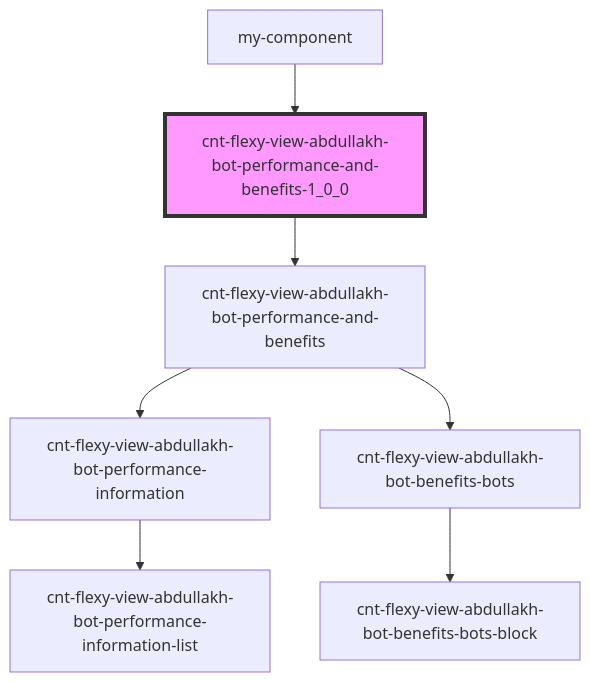
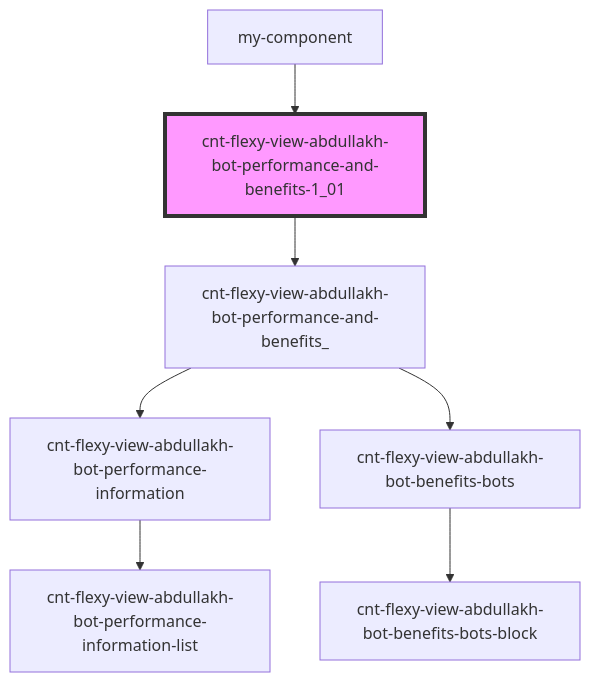
One commit to Wokh-Dada/botdevelopmentapp changed the diagram in src/components/cnt-flexy-view-abdullakh-bot-performance-and-benefits/readme.md. Above: the diagram before and after it, drawn with Mermaid. The commit also changed other lines of this file and 34 other files, not shown here.

````diff
--- a/src/components/cnt-flexy-view-abdullakh-bot-performance-and-benefits/readme.md
+++ b/src/components/cnt-flexy-view-abdullakh-bot-performance-and-benefits/readme.md
@@ -34,10 +34,10 @@
 ```mermaid
 graph TD;
-  cnt-flexy-view-abdullakh-bot-performance-and-benefits-1_0_0 --> cnt-flexy-view-abdullakh-bot-performance-and-benefits
-  cnt-flexy-view-abdullakh-bot-performance-and-benefits --> cnt-flexy-view-abdullakh-bot-performance-information
-  cnt-flexy-view-abdullakh-bot-performance-and-benefits --> cnt-flexy-view-abdullakh-bot-benefits-bots
+  cnt-flexy-view-abdullakh-bot-performance-and-benefits-1_01 --> cnt-flexy-view-abdullakh-bot-performance-and-benefits_
+  cnt-flexy-view-abdullakh-bot-performance-and-benefits_ --> cnt-flexy-view-abdullakh-bot-performance-information
+  cnt-flexy-view-abdullakh-bot-performance-and-benefits_ --> cnt-flexy-view-abdullakh-bot-benefits-bots
   cnt-flexy-view-abdullakh-bot-performance-information --> cnt-flexy-view-abdullakh-bot-performance-information-list
   cnt-flexy-view-abdullakh-bot-benefits-bots --> cnt-flexy-view-abdullakh-bot-benefits-bots-block
-  my-component --> cnt-flexy-view-abdullakh-bot-performance-and-benefits-1_0_0
-  style cnt-flexy-view-abdullakh-bot-performance-and-benefits-1_0_0 fill:#f9f,stroke:#333,stroke-width:4px
+  my-component --> cnt-flexy-view-abdullakh-bot-performance-and-benefits-1_01
+  style cnt-flexy-view-abdullakh-bot-performance-and-benefits-1_01 fill:#f9f,stroke:#333,stroke-width:4px
 ```
````
